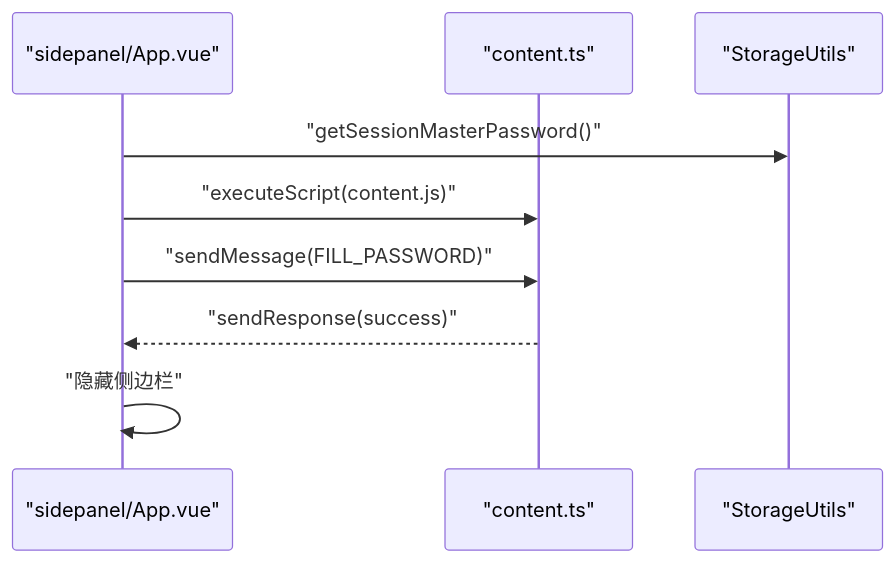
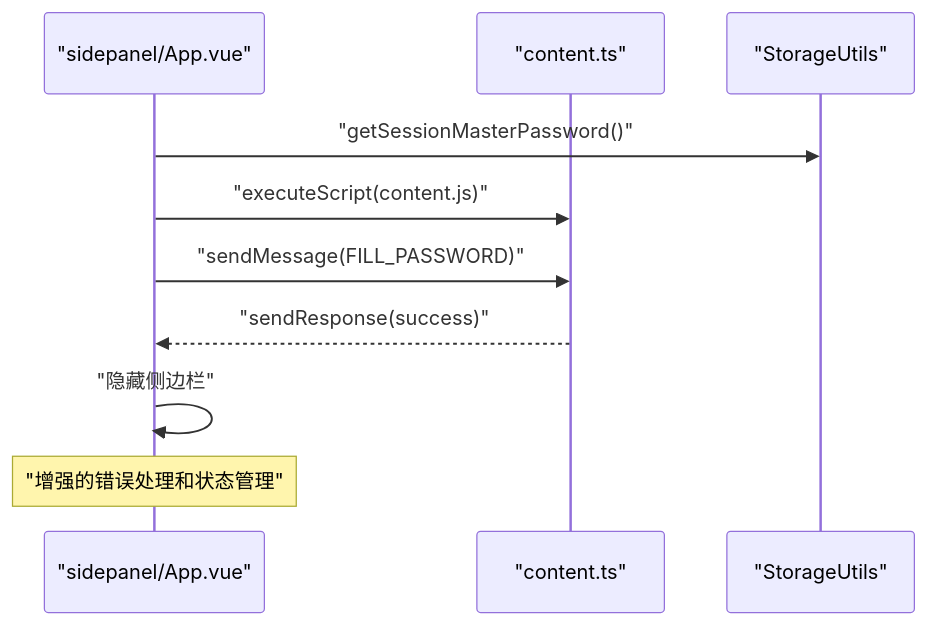
One commit to liaolongdong/account-password-helper changed the sixth of 7 diagrams in .qoder/repowiki/zh/content/架构设计/扩展入口点架构.md. Above: the diagram before and after it, drawn with Mermaid. The commit also changed other lines of this file and 23 other files, not shown here.

````diff
--- a/.qoder/repowiki/zh/content/架构设计/扩展入口点架构.md
+++ b/.qoder/repowiki/zh/content/架构设计/扩展入口点架构.md
@@ -254,11 +295,12 @@
 ```mermaid
 sequenceDiagram
 participant SP as "sidepanel/App.vue"
 participant CS as "content.ts"
 participant ST as "StorageUtils"
 SP->>ST : "getSessionMasterPassword()"
 SP->>CS : "executeScript(content.js)"
 SP->>CS : "sendMessage(FILL_PASSWORD)"
 CS-->>SP : "sendResponse(success)"
 SP->>SP : "隐藏侧边栏"
+Note over SP : "增强的错误处理和状态管理"
 ```
````
